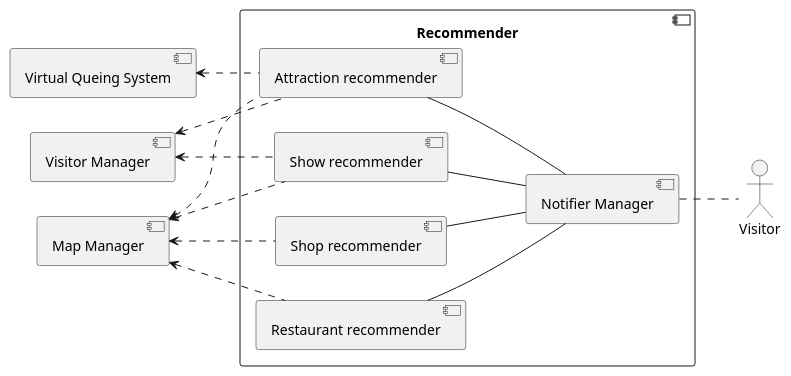
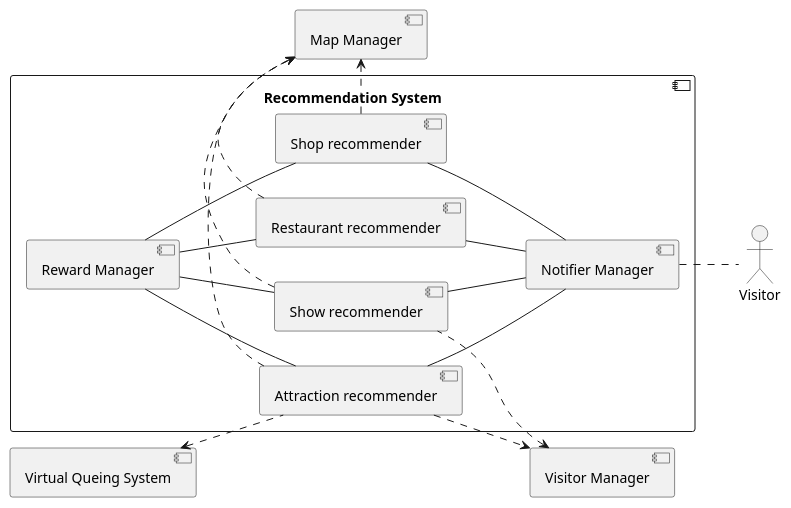
The diagram in doc/res/recommender.puml (ICPS-MicroCity/amusement-park-analysis), drawn with PlantUML before and after one commit.

Commit message:
docs: edit recommendation diagram

```diff
--- a/doc/res/recommender.puml
+++ b/doc/res/recommender.puml
@@ -1,35 +1,43 @@
 @startuml recommender
 left to right direction
 
 component "Map Manager" as map_manager
 component "Virtual Queing System" as virtual_queing
 component "Visitor Manager" as visitor_manager
 
-component "Recommender" {
+component "Recommendation System" {
     left to right direction
     component "Notifier Manager" as notifier_manager
     component "Shop recommender" as shop_recommender
     component "Attraction recommender" as attraction_recommender
     component "Show recommender" as show_recommender
     component "Restaurant recommender" as restaurant_recommender
+    component "Reward Manager" as reward_manager
 }
 
 actor "Visitor" as visitor
+
+attraction_recommender .up.> virtual_queing
+
+visitor_manager <.up. attraction_recommender
+show_recommender .up.> visitor_manager
+
+shop_recommender .right.> map_manager
+attraction_recommender .right.> map_manager
+show_recommender .right.> map_manager
+restaurant_recommender .right.> map_manager
+
+reward_manager -- shop_recommender
+reward_manager -- attraction_recommender
+reward_manager -- show_recommender
+reward_manager -- restaurant_recommender
 
 shop_recommender -- notifier_manager
 attraction_recommender -- notifier_manager
 show_recommender -- notifier_manager
 restaurant_recommender -- notifier_manager
 
-shop_recommender .up.> map_manager
-attraction_recommender .up.> map_manager
-show_recommender .up.> map_manager
-restaurant_recommender .up.> map_manager
-attraction_recommender .up.> virtual_queing
-attraction_recommender .up.> visitor_manager
-show_recommender .up.> visitor_manager
-
 
 notifier_manager .. visitor
 
 @enduml
```
